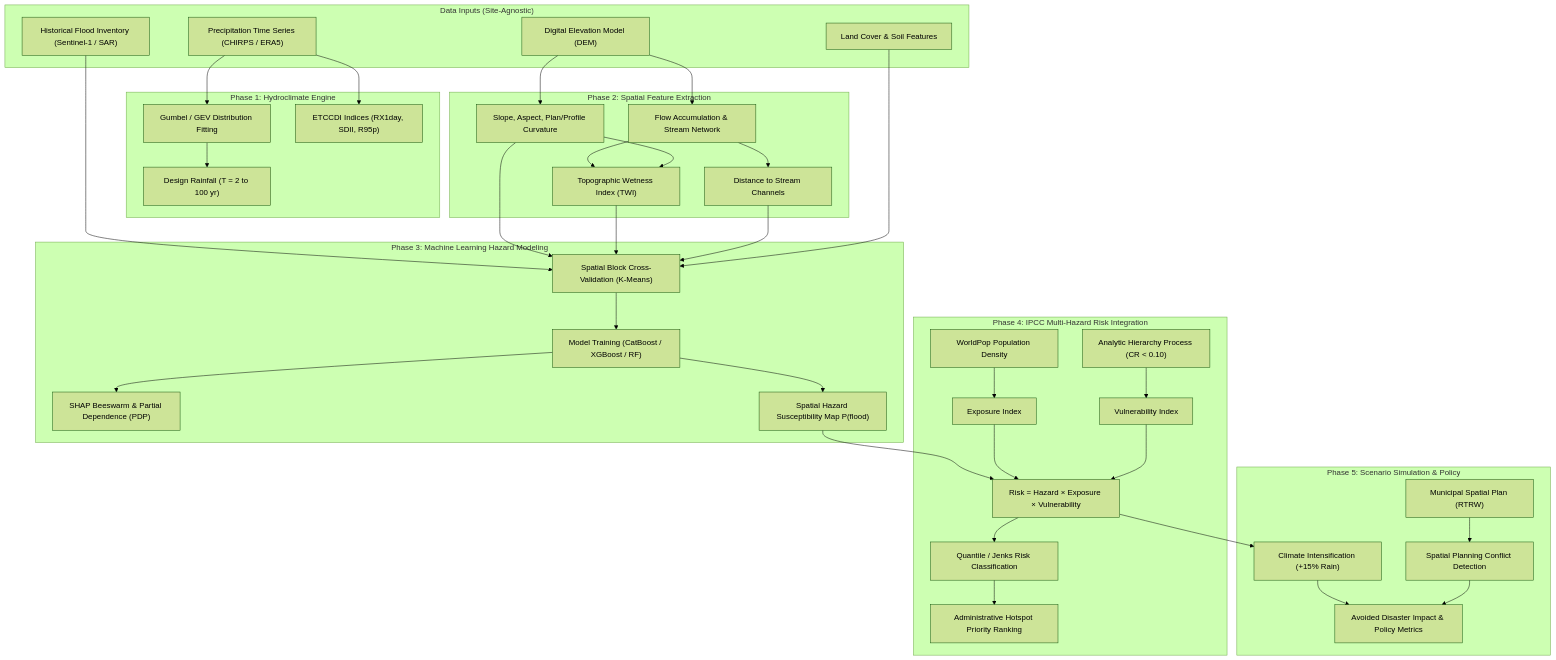
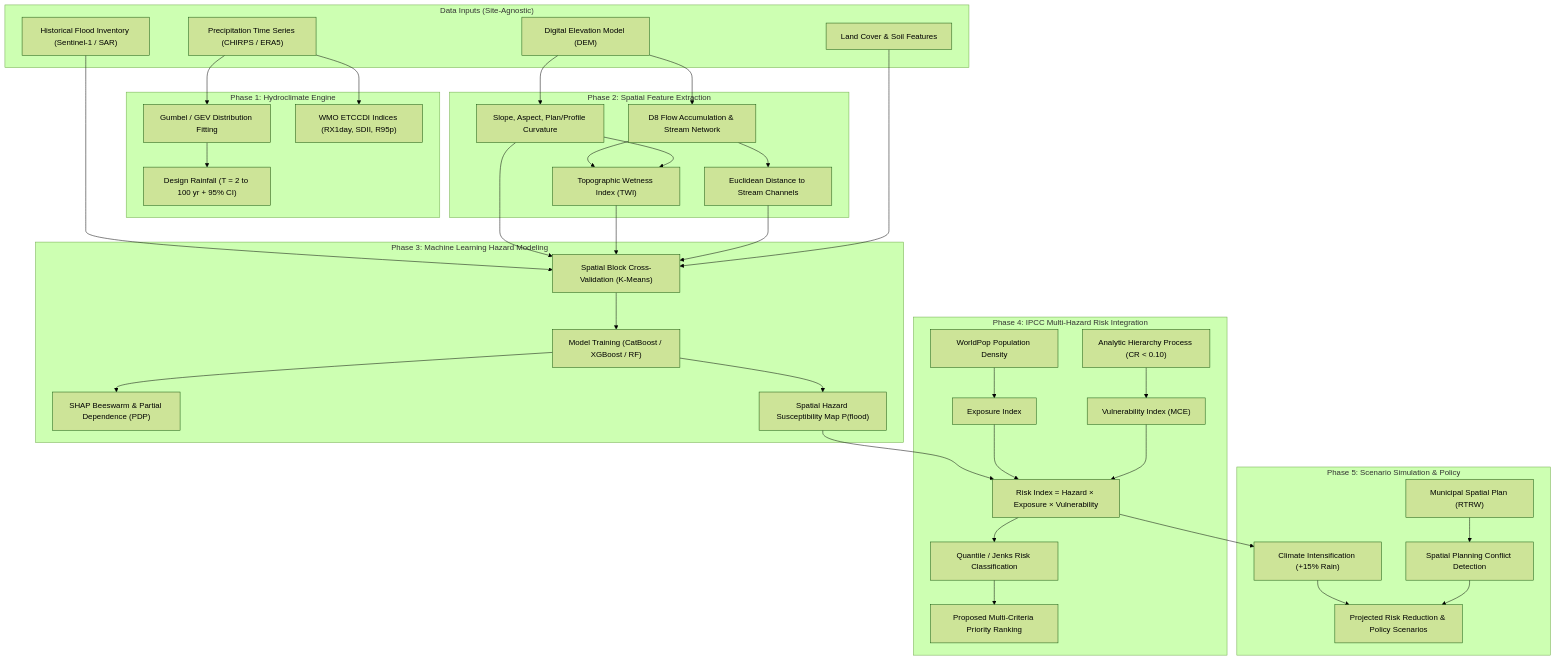
Before and after one commit to mkrifai/inundation-risk-model: the diagram in README.md, drawn with Mermaid (forest theme). The commit also changed other lines of this file and 20 other files, not shown here.

````diff
--- a/README.md
+++ b/README.md
@@ -35,44 +35,44 @@
 ```mermaid
 flowchart TD
     subgraph Data ["Data Inputs (Site-Agnostic)"]
         DEM["Digital Elevation Model (DEM)"]
         RAIN["Precipitation Time Series (CHIRPS / ERA5)"]
         LULC["Land Cover & Soil Features"]
         INV["Historical Flood Inventory (Sentinel-1 / SAR)"]
     end
 
     subgraph Hydro ["Phase 1: Hydroclimate Engine"]
         RAIN --> GUM["Gumbel / GEV Distribution Fitting"]
-        GUM --> RP["Design Rainfall (T = 2 to 100 yr)"]
-        RAIN --> ETC["ETCCDI Indices (RX1day, SDII, R95p)"]
+        GUM --> RP["Design Rainfall (T = 2 to 100 yr + 95% CI)"]
+        RAIN --> ETC["WMO ETCCDI Indices (RX1day, SDII, R95p)"]
     end
 
     subgraph Geo ["Phase 2: Spatial Feature Extraction"]
         DEM --> SLP["Slope, Aspect, Plan/Profile Curvature"]
-        DEM --> ACC["Flow Accumulation & Stream Network"]
+        DEM --> ACC["D8 Flow Accumulation & Stream Network"]
         ACC & SLP --> TWI["Topographic Wetness Index (TWI)"]
-        ACC --> DST["Distance to Stream Channels"]
+        ACC --> DST["Euclidean Distance to Stream Channels"]
     end
 
     subgraph ML ["Phase 3: Machine Learning Hazard Modeling"]
         INV & SLP & TWI & DST & LULC --> SBCV["Spatial Block Cross-Validation (K-Means)"]
         SBCV --> MDLS["Model Training (CatBoost / XGBoost / RF)"]
         MDLS --> SHAP["SHAP Beeswarm & Partial Dependence (PDP)"]
         MDLS --> HAZMAP["Spatial Hazard Susceptibility Map P(flood)"]
     end
 
     subgraph IPCC ["Phase 4: IPCC Multi-Hazard Risk Integration"]
-        HAZMAP --> RK["Risk = Hazard × Exposure × Vulnerability"]
+        HAZMAP --> RK["Risk Index = Hazard × Exposure × Vulnerability"]
         POP["WorldPop Population Density"] --> EXP["Exposure Index"]
-        AHP["Analytic Hierarchy Process (CR < 0.10)"] --> VULN["Vulnerability Index"]
+        AHP["Analytic Hierarchy Process (CR < 0.10)"] --> VULN["Vulnerability Index (MCE)"]
         EXP & VULN --> RK
         RK --> CLS["Quantile / Jenks Risk Classification"]
-        CLS --> HOT["Administrative Hotspot Priority Ranking"]
+        CLS --> HOT["Proposed Multi-Criteria Priority Ranking"]
     end
 
     subgraph Scen ["Phase 5: Scenario Simulation & Policy"]
         RK --> SCEN["Climate Intensification (+15% Rain)"]
         ZON["Municipal Spatial Plan (RTRW)"] --> CONF["Spatial Planning Conflict Detection"]
-        SCEN & CONF --> POL["Avoided Disaster Impact & Policy Metrics"]
+        SCEN & CONF --> POL["Projected Risk Reduction & Policy Scenarios"]
     end
 ```
````
